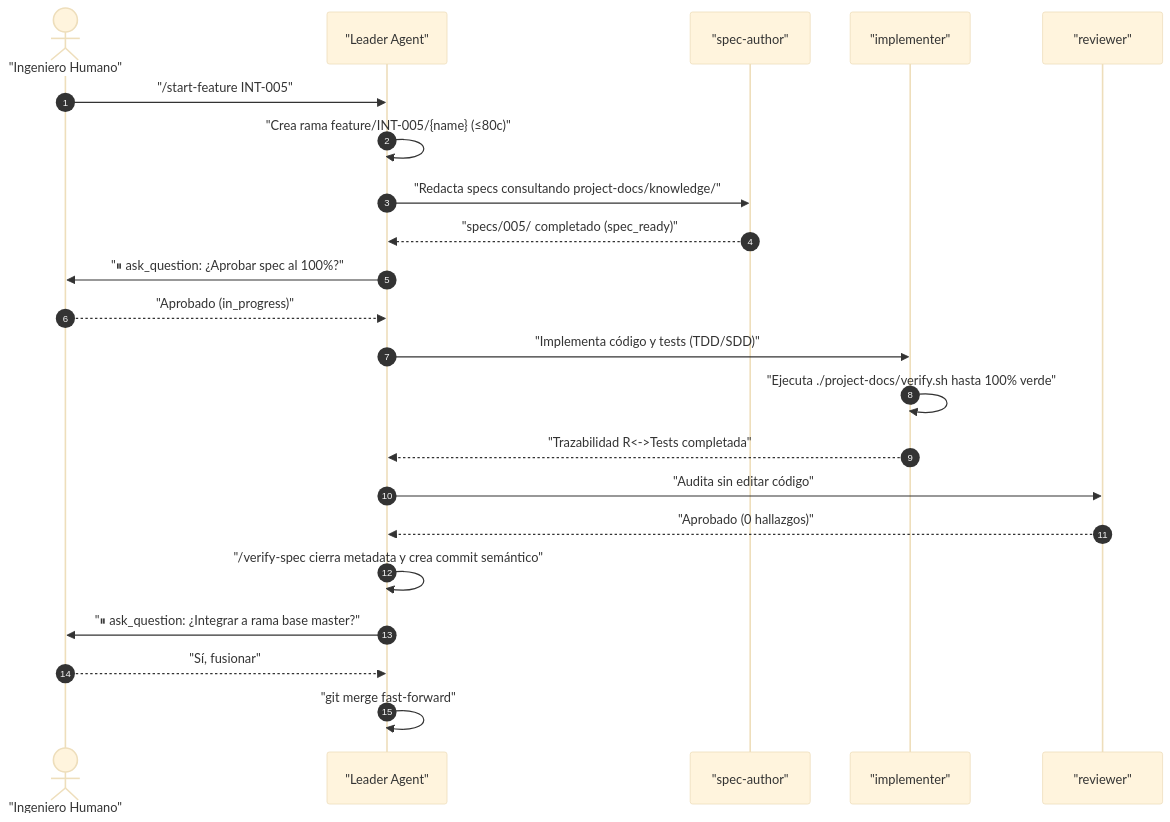
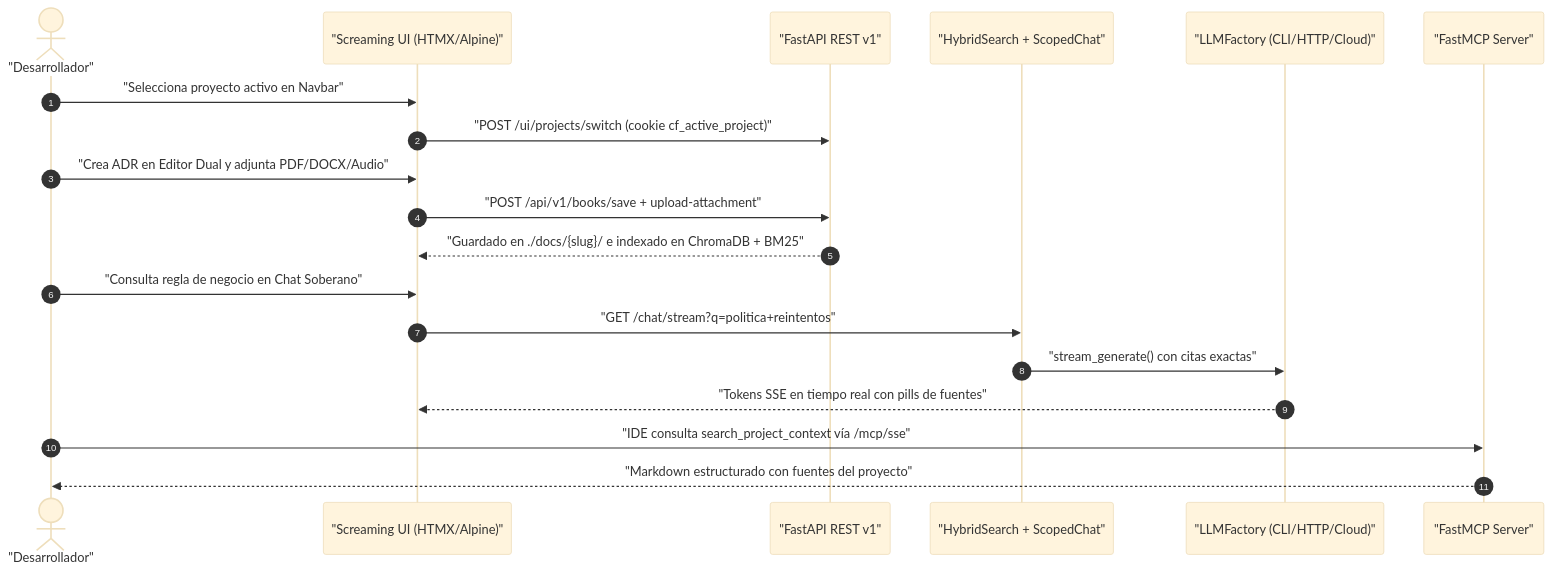
One commit to Nayid4/ContextForge changed the second of 2 diagrams in project-docs/knowledge/03-capabilities-and-features.md. Above: the diagram before and after it, drawn with Mermaid (base theme). The commit also changed other lines of this file and 708 other files, not shown here.

````diff
--- a/project-docs/knowledge/03-capabilities-and-features.md
+++ b/project-docs/knowledge/03-capabilities-and-features.md
@@ -243,25 +113,22 @@
 ```mermaid
 sequenceDiagram
   autonumber
-  actor Dev as "Ingeniero Humano"
-  participant Leader as "Leader Agent"
-  participant Spec as "spec-author"
-  participant Impl as "implementer"
-  participant Rev as "reviewer"
+  actor Dev as "Desarrollador"
+  participant UI as "Screaming UI (HTMX/Alpine)"
+  participant API as "FastAPI REST v1"
+  participant RAG as "HybridSearch + ScopedChat"
+  participant LLM as "LLMFactory (CLI/HTTP/Cloud)"
+  participant MCP as "FastMCP Server"
 
-  Dev->>Leader: "/start-feature INT-005"
-  Leader->>Leader: "Crea rama feature/INT-005/{name} (≤80c)"
-  Leader->>Spec: "Redacta specs consultando project-docs/knowledge/"
-  Spec-->>Leader: "specs/005/ completado (spec_ready)"
-  Leader->>Dev: "⏸ ask_question: ¿Aprobar spec al 100%?"
-  Dev-->>Leader: "Aprobado (in_progress)"
-  Leader->>Impl: "Implementa código y tests (TDD/SDD)"
-  Impl->>Impl: "Ejecuta ./project-docs/verify.sh hasta 100% verde"
-  Impl-->>Leader: "Trazabilidad R<->Tests completada"
-  Leader->>Rev: "Audita sin editar código"
-  Rev-->>Leader: "Aprobado (0 hallazgos)"
-  Leader->>Leader: "/verify-spec cierra metadata y crea commit semántico"
-  Leader->>Dev: "⏸ ask_question: ¿Integrar a rama base master?"
-  Dev-->>Leader: "Sí, fusionar"
-  Leader->>Leader: "git merge fast-forward"
+  Dev->>UI: "Selecciona proyecto activo en Navbar"
+  UI->>API: "POST /ui/projects/switch (cookie cf_active_project)"
+  Dev->>UI: "Crea ADR en Editor Dual y adjunta PDF/DOCX/Audio"
+  UI->>API: "POST /api/v1/books/save + upload-attachment"
+  API-->>UI: "Guardado en ./docs/{slug}/ e indexado en ChromaDB + BM25"
+  Dev->>UI: "Consulta regla de negocio en Chat Soberano"
+  UI->>RAG: "GET /chat/stream?q=politica+reintentos"
+  RAG->>LLM: "stream_generate() con citas exactas"
+  LLM-->>UI: "Tokens SSE en tiempo real con pills de fuentes"
+  Dev->>MCP: "IDE consulta search_project_context vía /mcp/sse"
+  MCP-->>Dev: "Markdown estructurado con fuentes del proyecto"
 ```
````
